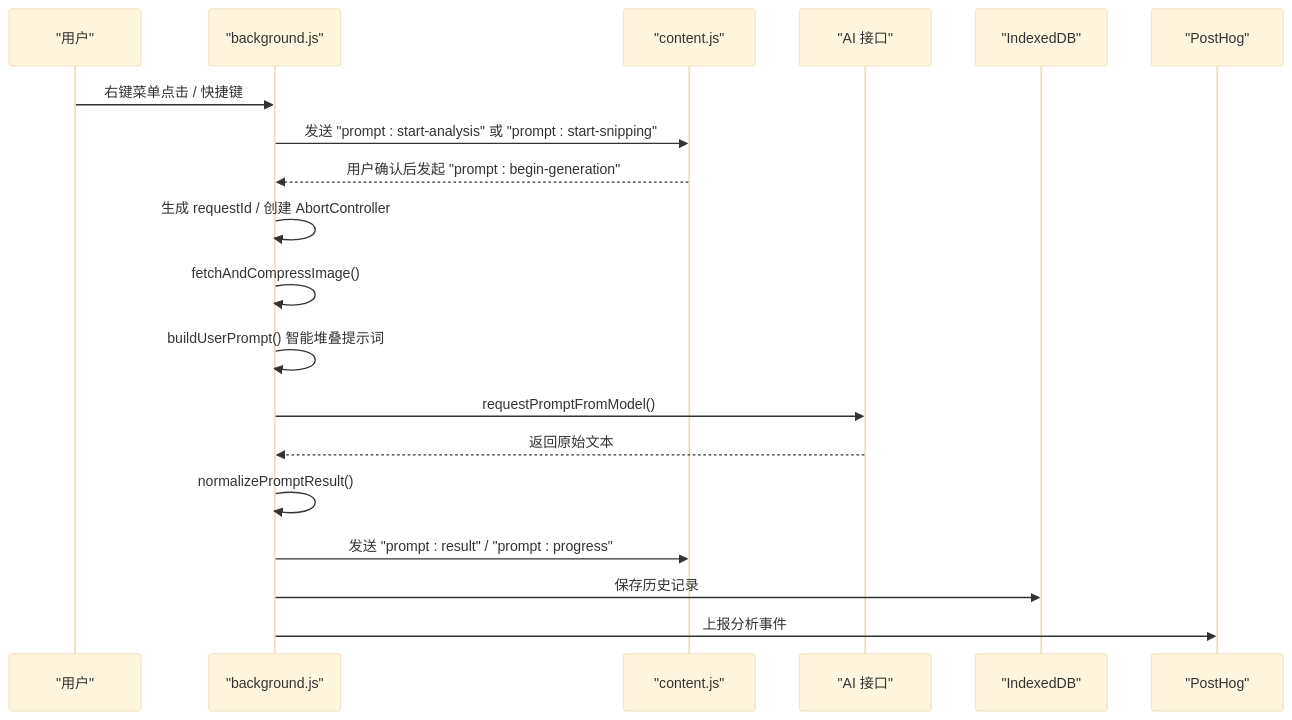
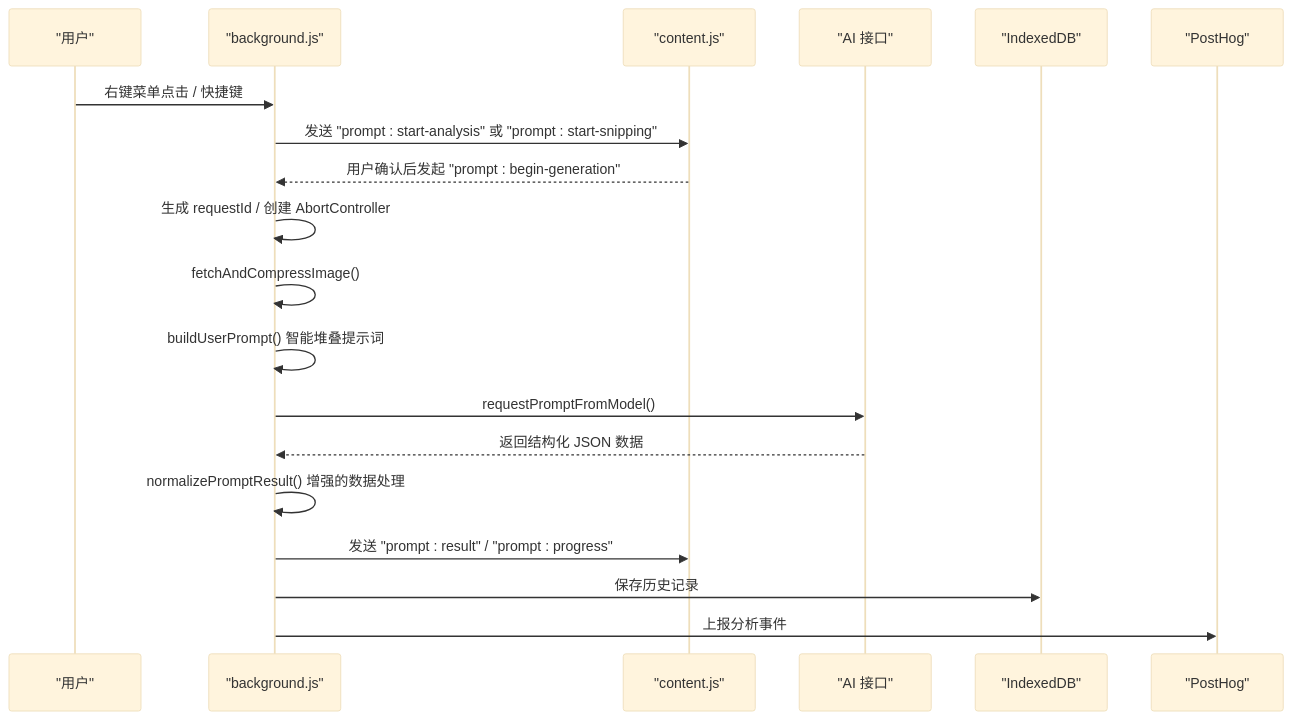
The second of 7 diagrams in .qoder/repowiki/zh/content/技术架构/核心模块分析/后台服务模块 (background.js).md (binasi/Img2Prompt), drawn with Mermaid (base theme) before and after one commit. The commit also changed other lines of this file and 8 other files, not shown here.

````diff
--- a/.qoder/repowiki/zh/content/技术架构/核心模块分析/后台服务模块 (background.js).md
+++ b/.qoder/repowiki/zh/content/技术架构/核心模块分析/后台服务模块 (background.js).md
@@ -144,21 +143,21 @@
 ```mermaid
 sequenceDiagram
 participant User as "用户"
 participant BG as "background.js"
 participant CS as "content.js"
 participant AI as "AI 接口"
 participant IDB as "IndexedDB"
 participant PH as "PostHog"
 User->>BG : 右键菜单点击 / 快捷键
 BG->>CS : 发送 "prompt : start-analysis" 或 "prompt : start-snipping"
 CS-->>BG : 用户确认后发起 "prompt : begin-generation"
 BG->>BG : 生成 requestId / 创建 AbortController
 BG->>BG : fetchAndCompressImage()
 BG->>BG : buildUserPrompt() 智能堆叠提示词
 BG->>AI : requestPromptFromModel()
-AI-->>BG : 返回原始文本
-BG->>BG : normalizePromptResult()
+AI-->>BG : 返回结构化 JSON 数据
+BG->>BG : normalizePromptResult() 增强的数据处理
 BG->>CS : 发送 "prompt : result" / "prompt : progress"
 BG->>IDB : 保存历史记录
 BG->>PH : 上报分析事件
 ```
````
